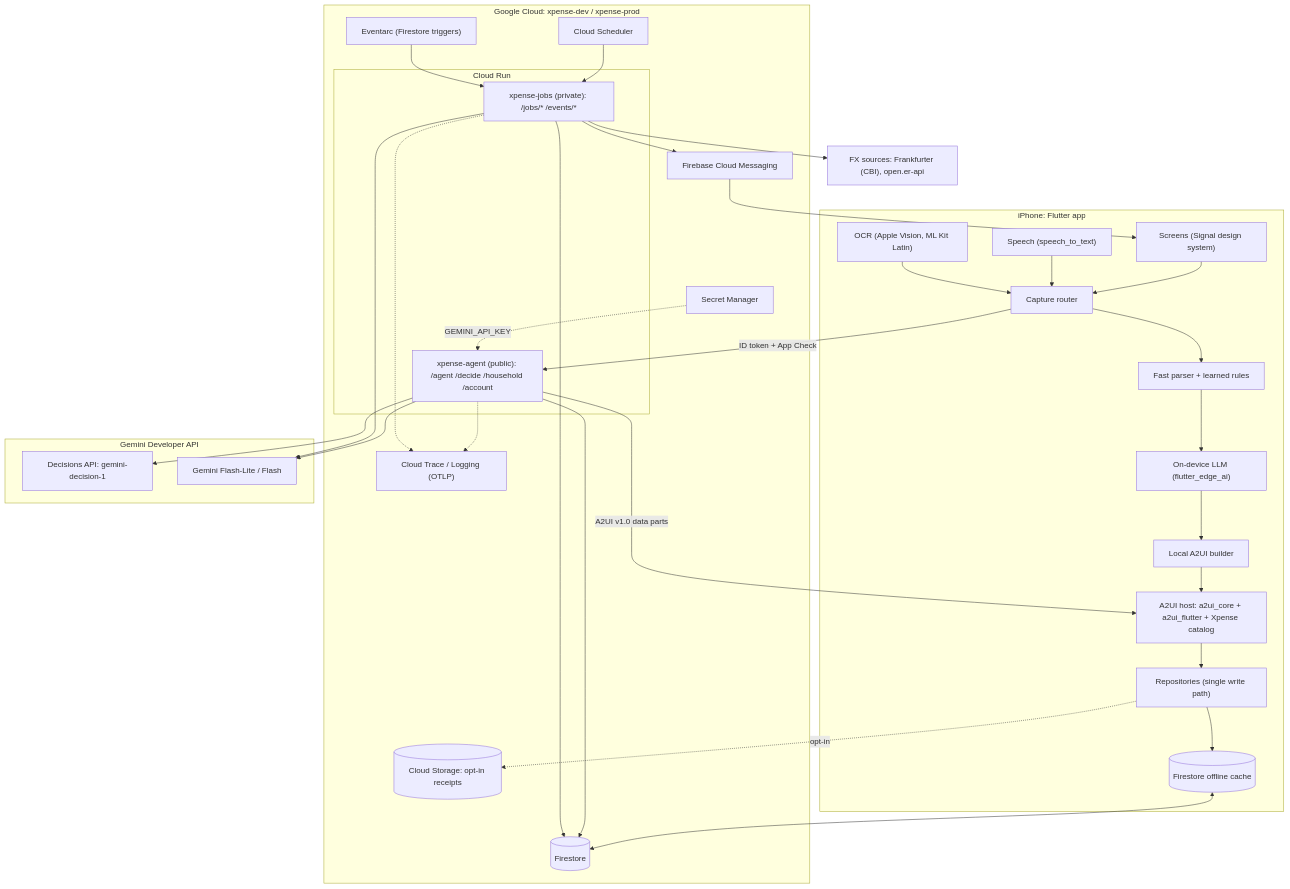
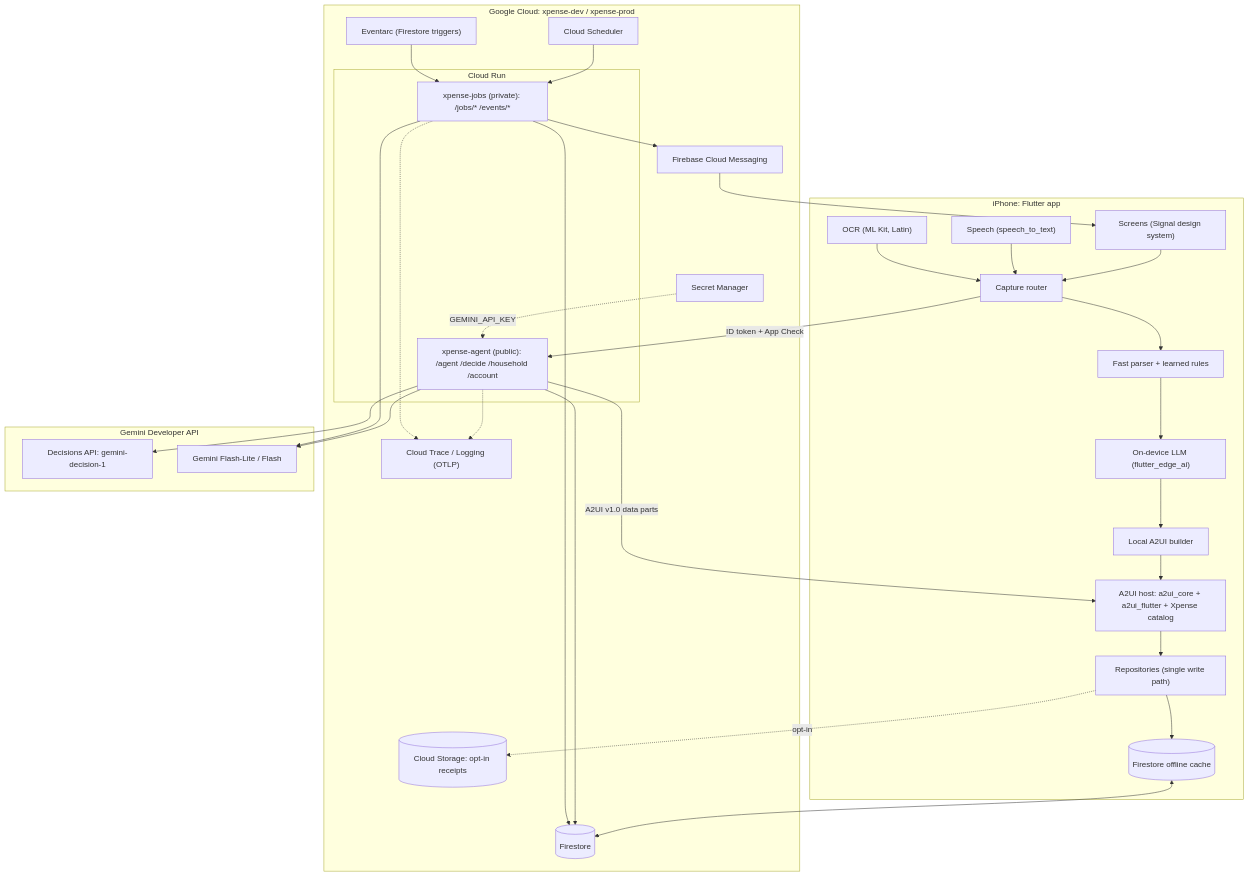
One commit to Botanium/family-xpense changed the first of 10 diagrams in docs/ARCHITECTURE.md. Above: the diagram before and after it, drawn with Mermaid. The commit also changed other lines of this file and 9 other files, not shown here.

````diff
--- a/docs/ARCHITECTURE.md
+++ b/docs/ARCHITECTURE.md
@@ -7,58 +7,56 @@
 ```mermaid
 flowchart TB
   subgraph Phone["iPhone: Flutter app"]
     UI["Screens (Signal design system)"]
     Router["Capture router"]
     Fast["Fast parser + learned rules"]
     Edge["On-device LLM (flutter_edge_ai)"]
     STT["Speech (speech_to_text)"]
-    OCR["OCR (Apple Vision, ML Kit Latin)"]
+    OCR["OCR (ML Kit, Latin)"]
     Builder["Local A2UI builder"]
     Host["A2UI host: a2ui_core + a2ui_flutter + Xpense catalog"]
     Repo["Repositories (single write path)"]
     Cache[("Firestore offline cache")]
   end
 
   subgraph GCP["Google Cloud: xpense-dev / xpense-prod"]
     subgraph Run["Cloud Run"]
       Agent["xpense-agent (public): /agent /decide /household /account"]
       Jobs["xpense-jobs (private): /jobs/* /events/*"]
     end
     FS[("Firestore")]
     Sched["Cloud Scheduler"]
     Evt["Eventarc (Firestore triggers)"]
     SM["Secret Manager"]
     GCS[("Cloud Storage: opt-in receipts")]
     FCM["Firebase Cloud Messaging"]
     Trace["Cloud Trace / Logging (OTLP)"]
   end
 
   subgraph Google["Gemini Developer API"]
     Dec["Decisions API: gemini-decision-1"]
     Gem["Gemini Flash-Lite / Flash"]
   end
 
-  FX["FX sources: Frankfurter (CBI), open.er-api"]
 
   UI --> Router
   STT --> Router
   OCR --> Router
   Router --> Fast --> Edge --> Builder
   Router -- "ID token + App Check" --> Agent
   Builder --> Host
   Agent -- "A2UI v1.0 data parts" --> Host
   Host --> Repo --> Cache <--> FS
   Agent --> Dec
   Agent --> Gem
   Agent --> FS
   Sched --> Jobs
   Evt --> Jobs
   Jobs --> FS
   Jobs --> FCM --> UI
   Jobs --> Gem
-  Jobs --> FX
   SM -. "GEMINI_API_KEY" .-> Agent
   Agent -.-> Trace
   Jobs -.-> Trace
   Repo -. "opt-in" .-> GCS
 ```
````
